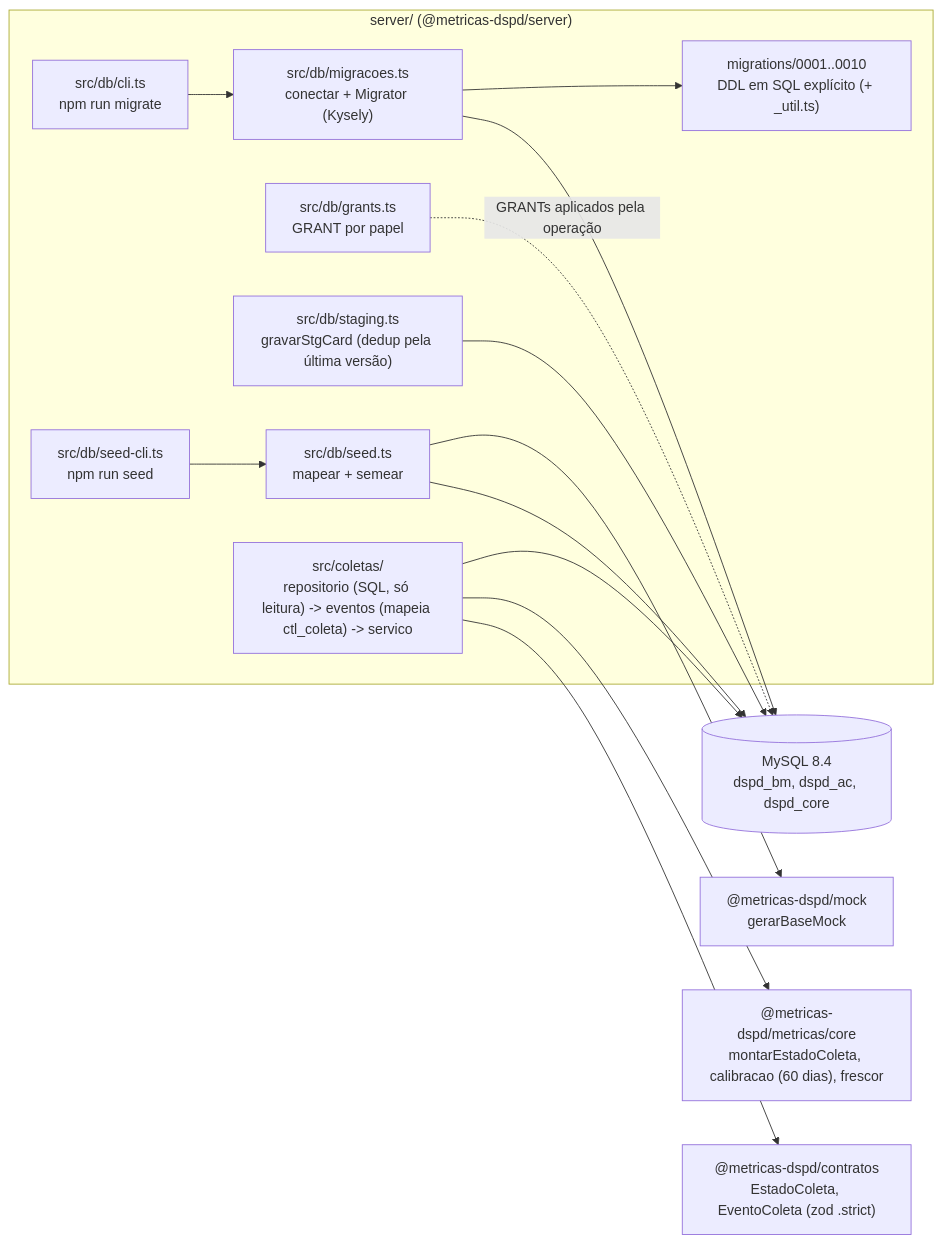
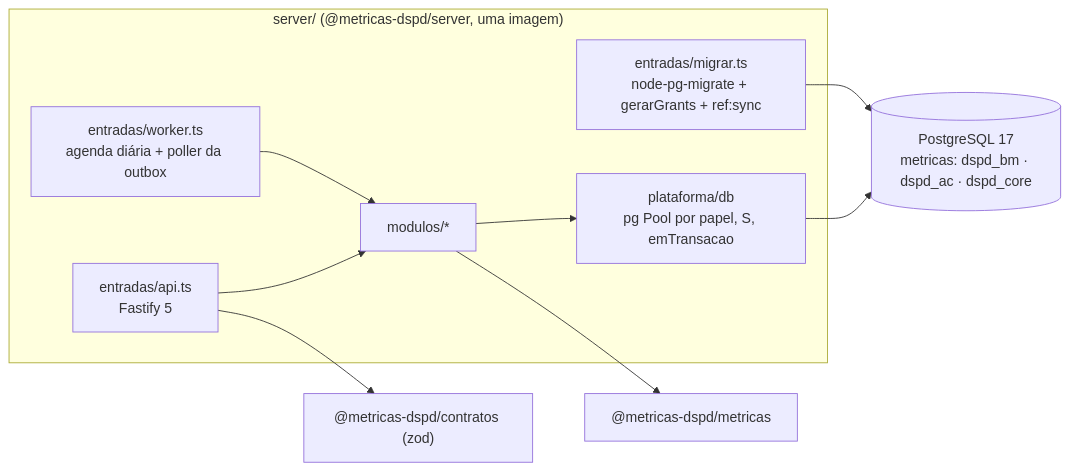
One commit to rodrigo-isensee/MetricasDSPD changed the first of 4 diagrams in docs/architecture/server.md. Above: the diagram before and after it, drawn with Mermaid. The commit also changed other lines of this file and 10 other files, not shown here.

First line of the commit message:
docs(arquitetura): ADR 0014 rev. 2 com a stack do usuário em PostgreSQL e custo zero

````diff
--- a/docs/architecture/server.md
+++ b/docs/architecture/server.md
@@ -21,26 +20,19 @@
 ```mermaid
 flowchart LR
-  subgraph server["server/ (@metricas-dspd/server)"]
-    cli["src/db/cli.ts<br/>npm run migrate"]
-    mig["src/db/migracoes.ts<br/>conectar + Migrator (Kysely)"]
-    mg["migrations/0001..0010<br/>DDL em SQL explícito (+ _util.ts)"]
-    gr["src/db/grants.ts<br/>GRANT por papel"]
-    stg["src/db/staging.ts<br/>gravarStgCard (dedup pela última versão)"]
-    seed["src/db/seed.ts<br/>mapear + semear"]
-    scli["src/db/seed-cli.ts<br/>npm run seed"]
-    col["src/coletas/<br/>repositorio (SQL, só leitura) -> eventos (mapeia ctl_coleta) -> servico"]
+  subgraph server["server/ (@metricas-dspd/server, uma imagem)"]
+    api["entradas/api.ts<br/>Fastify 5"]
+    wk["entradas/worker.ts<br/>agenda diária + poller da outbox"]
+    mg["entradas/migrar.ts<br/>node-pg-migrate + gerarGrants + ref:sync"]
+    mods["modulos/*"]
+    plat["plataforma/db<br/>pg Pool por papel, S, emTransacao"]
   end
-  lib["@metricas-dspd/metricas/core<br/>montarEstadoColeta, calibracao (60 dias), frescor"]
-  ctr["@metricas-dspd/contratos<br/>EstadoColeta, EventoColeta (zod .strict)"]
-  mock["@metricas-dspd/mock<br/>gerarBaseMock"]
-  db[("MySQL 8.4<br/>dspd_bm, dspd_ac, dspd_core")]
-  cli --> mig --> mg
-  mig --> db
-  gr -. "GRANTs aplicados pela operação" .-> db
-  stg --> db
-  scli --> seed --> mock
-  seed --> db
-  col --> db
-  col --> lib
-  col --> ctr
+  lib["@metricas-dspd/metricas"]
+  ctr["@metricas-dspd/contratos (zod)"]
+  db[("PostgreSQL 17<br/>metricas: dspd_bm · dspd_ac · dspd_core")]
+  api --> mods
+  wk --> mods
+  mods --> plat --> db
+  mg --> db
+  mods --> lib
+  api --> ctr
 ```
````
